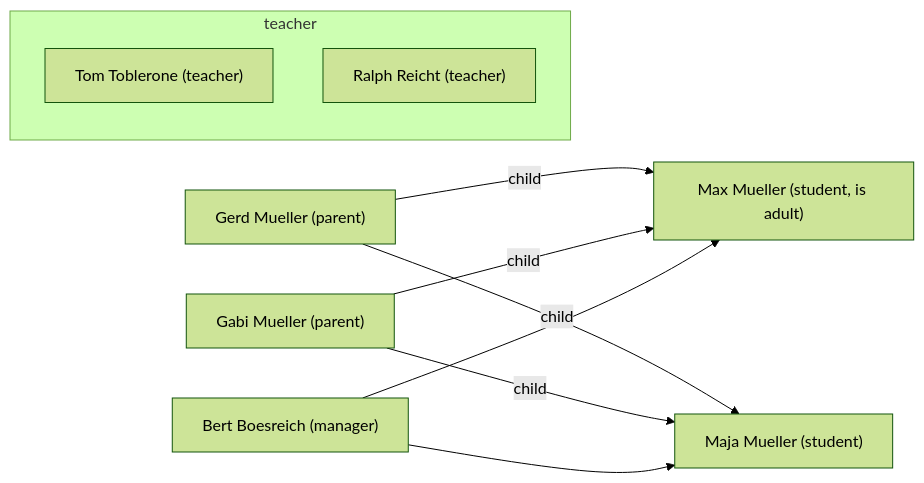
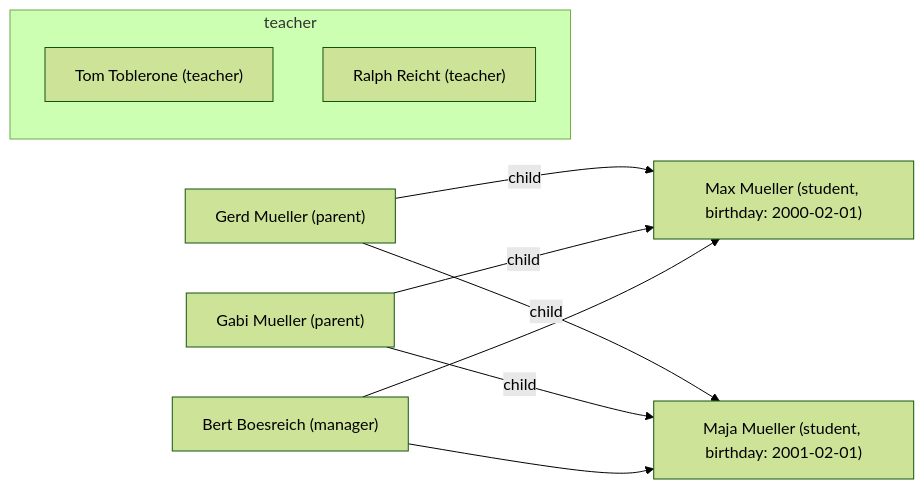
Before and after one commit to Skn0tt/EntE: the diagram in docs/user-import.md, drawn with Mermaid (forest theme). The commit also changed other lines of this file and 54 other files, not shown here.

Commit message:
Resolve ""isAdult" should be replaced by birthday"

````diff
--- a/docs/user-import.md
+++ b/docs/user-import.md
@@ -48,24 +47,24 @@
 ```mermaid
 graph LR;
 
-maxmueller["Max Mueller (student, is adult)"]
-majamueller["Maja Mueller (student)"]
+maxmueller["Max Mueller (student, birthday: 2000-02-01)"]
+majamueller["Maja Mueller (student, birthday: 2001-02-01)"]
 tomtoblerone["Tom Toblerone (teacher)"]
 gerdmueller["Gerd Mueller (parent)"]
 gabimueller["Gabi Mueller (parent)"]
 bertboesreich["Bert Boesreich (manager)"]
 ralphreicht["Ralph Reicht (teacher)"]
 
 subgraph teacher
   tomtoblerone
   ralphreicht
 end
 
 gerdmueller -- child--> maxmueller
 gerdmueller -- child --> majamueller
 gabimueller -- child --> maxmueller
 gabimueller -- child --> majamueller
 
 bertboesreich --> maxmueller
 bertboesreich --> majamueller
 ```
````
